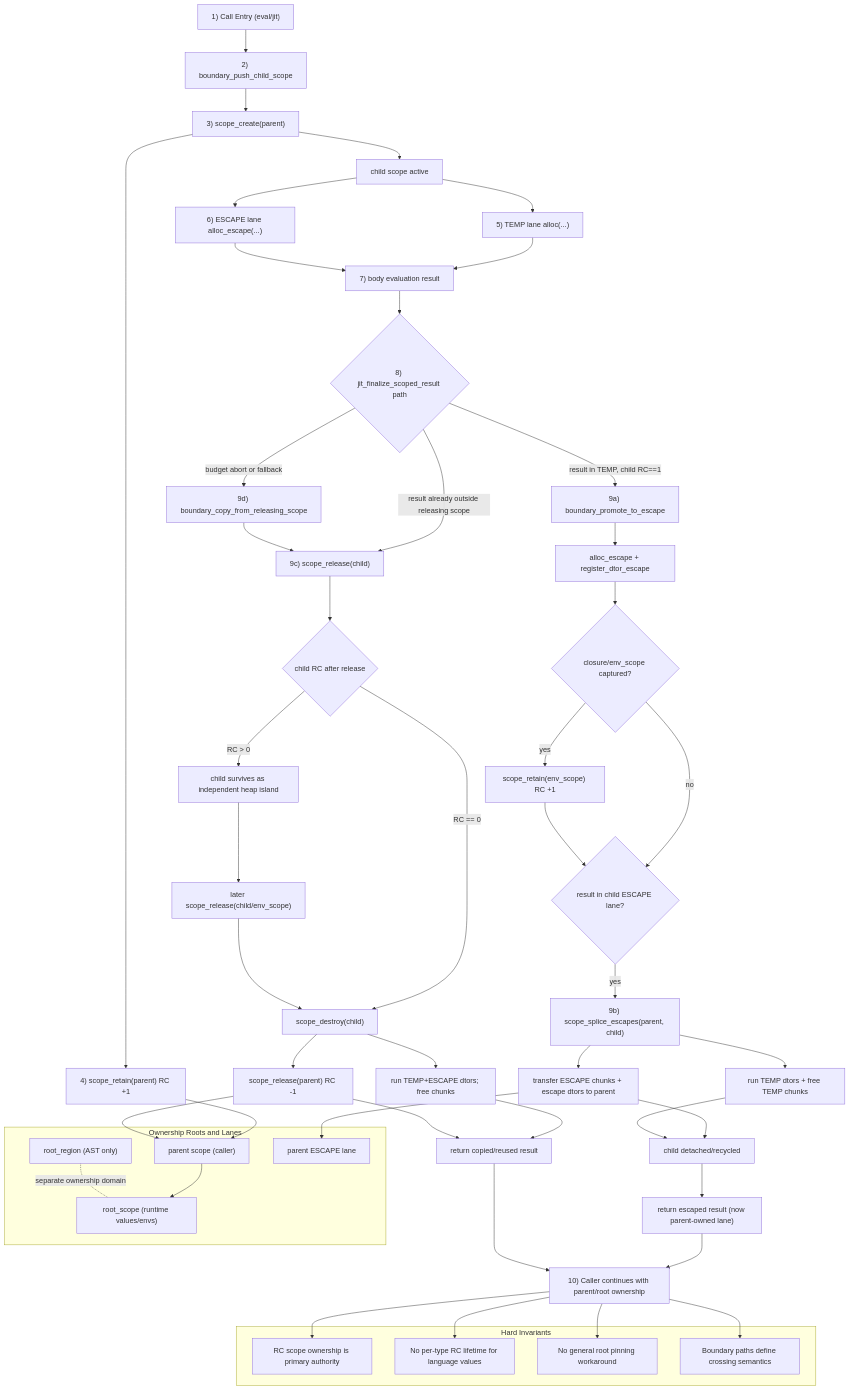
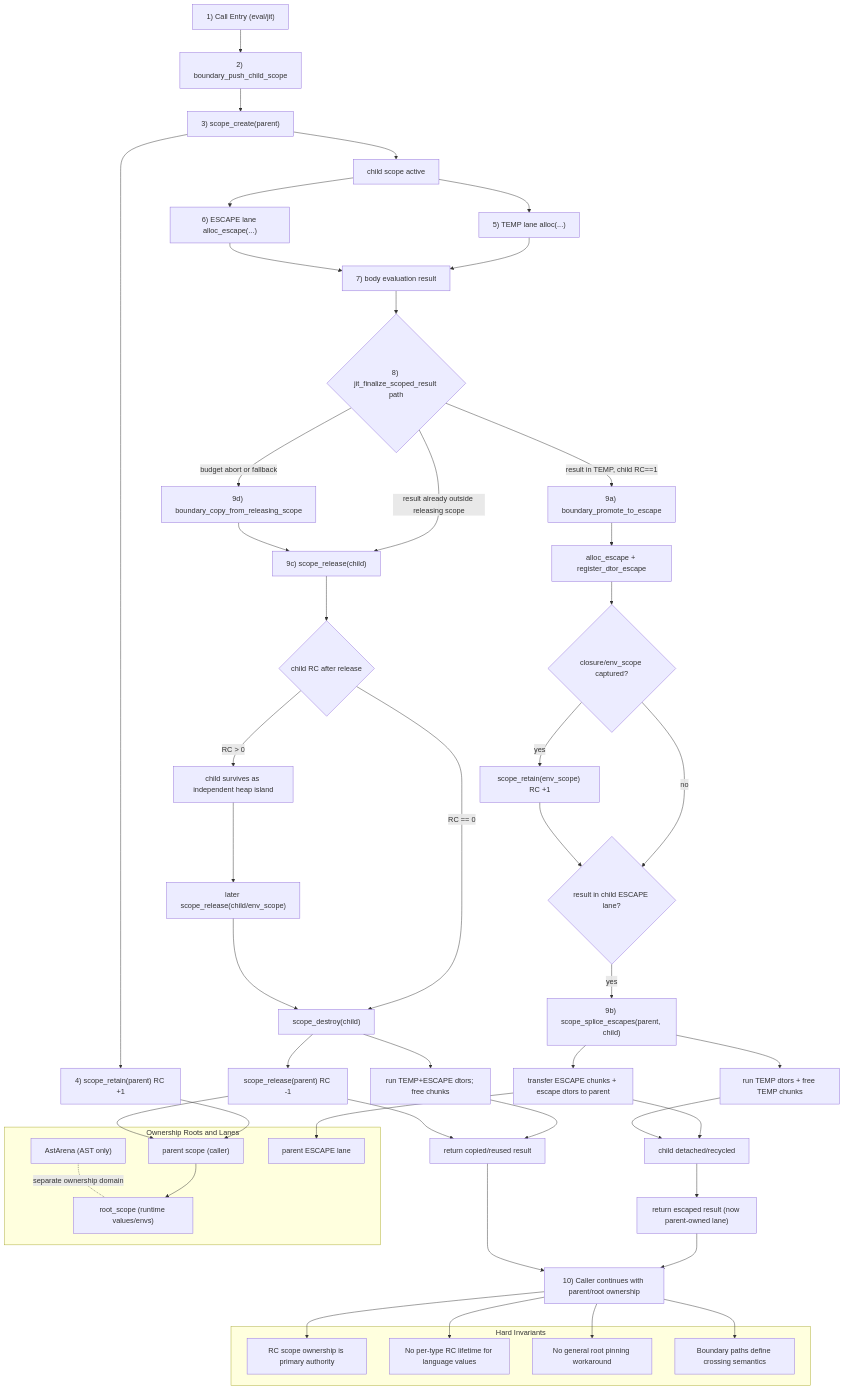
The diagram in docs/areas/diagrams/memory-runtime-cycle-master.mmd (gavlooth/omnilisp), drawn with Mermaid before and after one commit. The commit also changed 365 other files, not shown here.

```diff
--- a/docs/areas/diagrams/memory-runtime-cycle-master.mmd
+++ b/docs/areas/diagrams/memory-runtime-cycle-master.mmd
@@ -1,68 +1,68 @@
 flowchart TB
     START["1) Call Entry (eval/jit)"] --> PUSH["2) boundary_push_child_scope"]
     PUSH --> CREATE["3) scope_create(parent)"]
     CREATE --> RC_PARENT_PLUS["4) scope_retain(parent) RC +1"]
     CREATE --> CHILD["child scope active"]
 
     CHILD --> TEMP_ALLOC["5) TEMP lane alloc(...)"]
     CHILD --> ESCAPE_ALLOC["6) ESCAPE lane alloc_escape(...)"]
     TEMP_ALLOC --> EVAL_DONE["7) body evaluation result"]
     ESCAPE_ALLOC --> EVAL_DONE
     EVAL_DONE --> FINALIZE{"8) jit_finalize_scoped_result path"}
 
     FINALIZE -->|result in TEMP, child RC==1| PROMOTE_ESC["9a) boundary_promote_to_escape"]
     PROMOTE_ESC --> ESCAPE_ALLOC2["alloc_escape + register_dtor_escape"]
     ESCAPE_ALLOC2 --> CLOSURE_RETAIN{"closure/env_scope captured?"}
     CLOSURE_RETAIN -->|yes| RC_ENV_PLUS["scope_retain(env_scope) RC +1"]
     CLOSURE_RETAIN -->|no| POST_PROMOTE{"result in child ESCAPE lane?"}
     RC_ENV_PLUS --> POST_PROMOTE
 
     POST_PROMOTE -->|yes| SPLICE["9b) scope_splice_escapes(parent, child)"]
     SPLICE --> TRANSFER_ESC["transfer ESCAPE chunks + escape dtors to parent"]
     SPLICE --> DROP_TEMP["run TEMP dtors + free TEMP chunks"]
     TRANSFER_ESC --> CHILD_RECYCLED["child detached/recycled"]
     DROP_TEMP --> CHILD_RECYCLED
     CHILD_RECYCLED --> RETURN_ESC["return escaped result (now parent-owned lane)"]
 
     FINALIZE -->|result already outside releasing scope| RELEASE_CHILD["9c) scope_release(child)"]
     FINALIZE -->|budget abort or fallback| COPY_REL["9d) boundary_copy_from_releasing_scope"]
     COPY_REL --> RELEASE_CHILD
 
     RELEASE_CHILD --> CHILD_RC{"child RC after release"}
     CHILD_RC -->|RC == 0| DESTROY["scope_destroy(child)"]
     CHILD_RC -->|RC > 0| CHILD_ISLAND["child survives as independent heap island"]
     CHILD_ISLAND --> LATER_RELEASE["later scope_release(child/env_scope)"]
     LATER_RELEASE --> DESTROY
 
     DESTROY --> RUN_DTORS["run TEMP+ESCAPE dtors; free chunks"]
     DESTROY --> RC_PARENT_MINUS["scope_release(parent) RC -1"]
     RUN_DTORS --> RETURN_COPY["return copied/reused result"]
     RC_PARENT_MINUS --> RETURN_COPY
 
     RETURN_ESC --> END["10) Caller continues with parent/root ownership"]
     RETURN_COPY --> END
 
     subgraph ROOTS["Ownership Roots and Lanes"]
-        ROOT_REGION["root_region (AST only)"]
+        ROOT_REGION["AstArena (AST only)"]
         ROOT_SCOPE["root_scope (runtime values/envs)"]
         PARENT_SCOPE["parent scope (caller)"]
         ESCAPE_PARENT["parent ESCAPE lane"]
     end
 
     RC_PARENT_PLUS --> PARENT_SCOPE
     RC_PARENT_MINUS --> PARENT_SCOPE
     TRANSFER_ESC --> ESCAPE_PARENT
     PARENT_SCOPE --> ROOT_SCOPE
     ROOT_REGION -. separate ownership domain .- ROOT_SCOPE
 
     subgraph INVARIANTS["Hard Invariants"]
         INV1["RC scope ownership is primary authority"]
         INV2["No per-type RC lifetime for language values"]
         INV3["No general root pinning workaround"]
         INV4["Boundary paths define crossing semantics"]
     end
 
     END --> INV1
     END --> INV2
     END --> INV3
     END --> INV4
```
